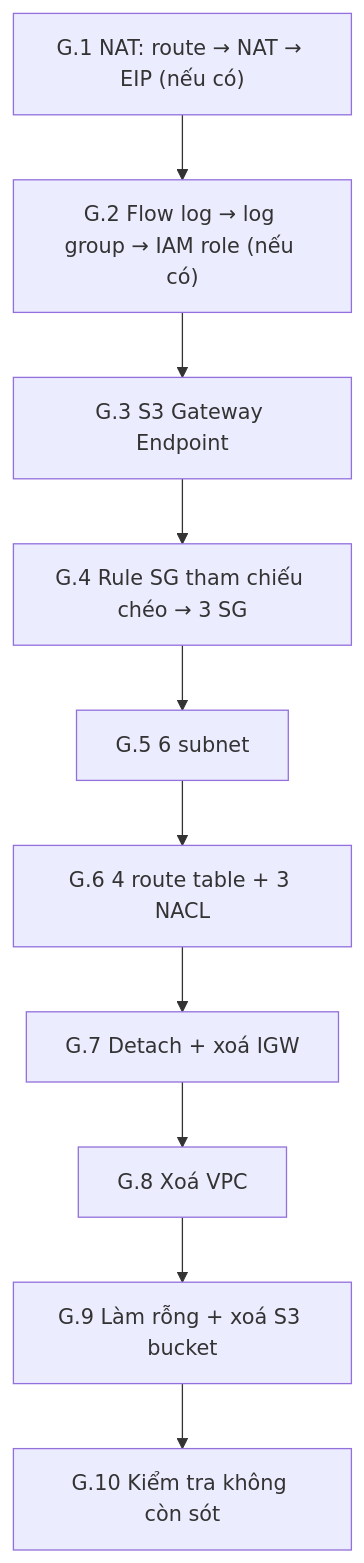
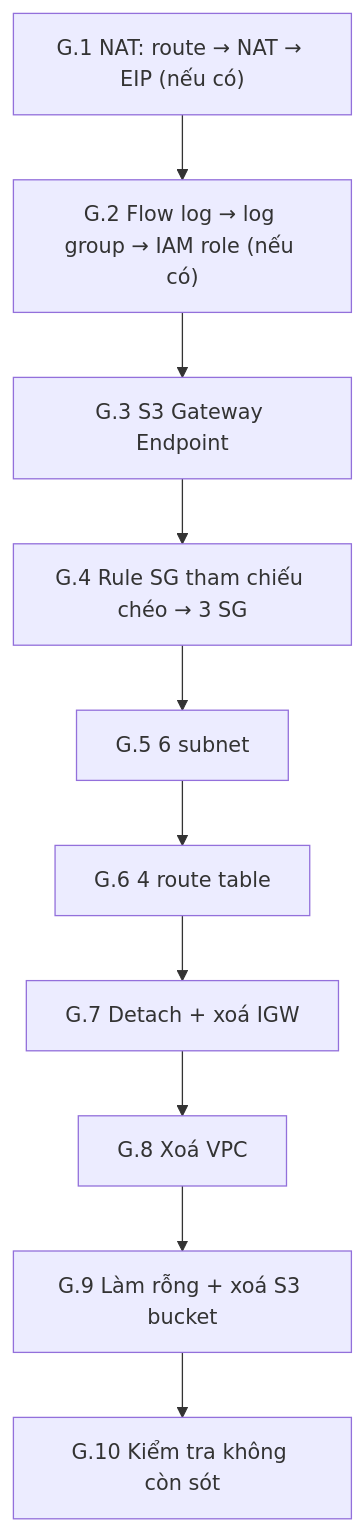
Before and after one commit to Elmira-Athena/PBL3: the third of 3 diagrams in docs/thuc-hanh-console-giai-doan-0-3.md, drawn with Mermaid. The commit also changed other lines of this file and 77 other files, not shown here.

````diff
--- a/docs/thuc-hanh-console-giai-doan-0-3.md
+++ b/docs/thuc-hanh-console-giai-doan-0-3.md
@@ -966,12 +867,12 @@
 ```mermaid
 flowchart TD
     G1["G.1 NAT: route → NAT → EIP (nếu có)"] --> G2["G.2 Flow log → log group → IAM role (nếu có)"]
     G2 --> G3["G.3 S3 Gateway Endpoint"]
     G3 --> G4["G.4 Rule SG tham chiếu chéo → 3 SG"]
     G4 --> G5["G.5 6 subnet"]
-    G5 --> G6["G.6 4 route table + 3 NACL"]
+    G5 --> G6["G.6 4 route table"]
     G6 --> G7["G.7 Detach + xoá IGW"]
     G7 --> G8["G.8 Xoá VPC"]
     G8 --> G9["G.9 Làm rỗng + xoá S3 bucket"]
     G9 --> G10["G.10 Kiểm tra không còn sót"]
 ```
````
